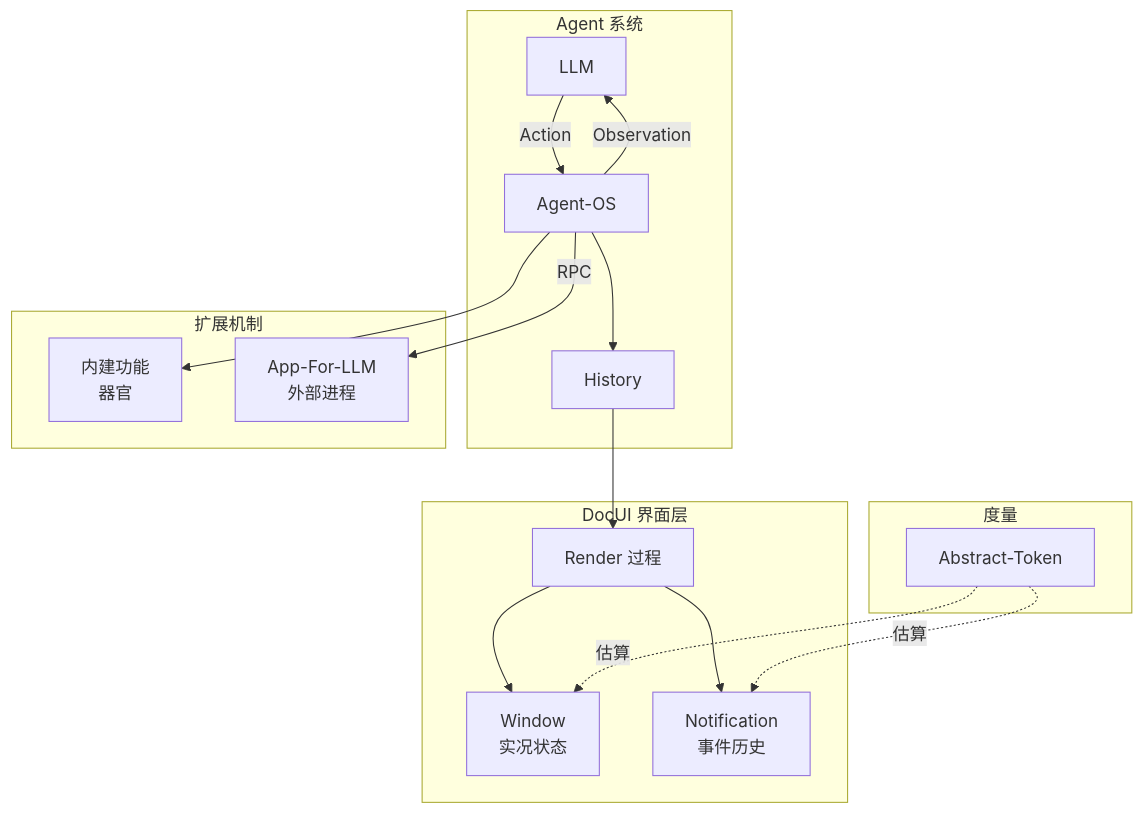
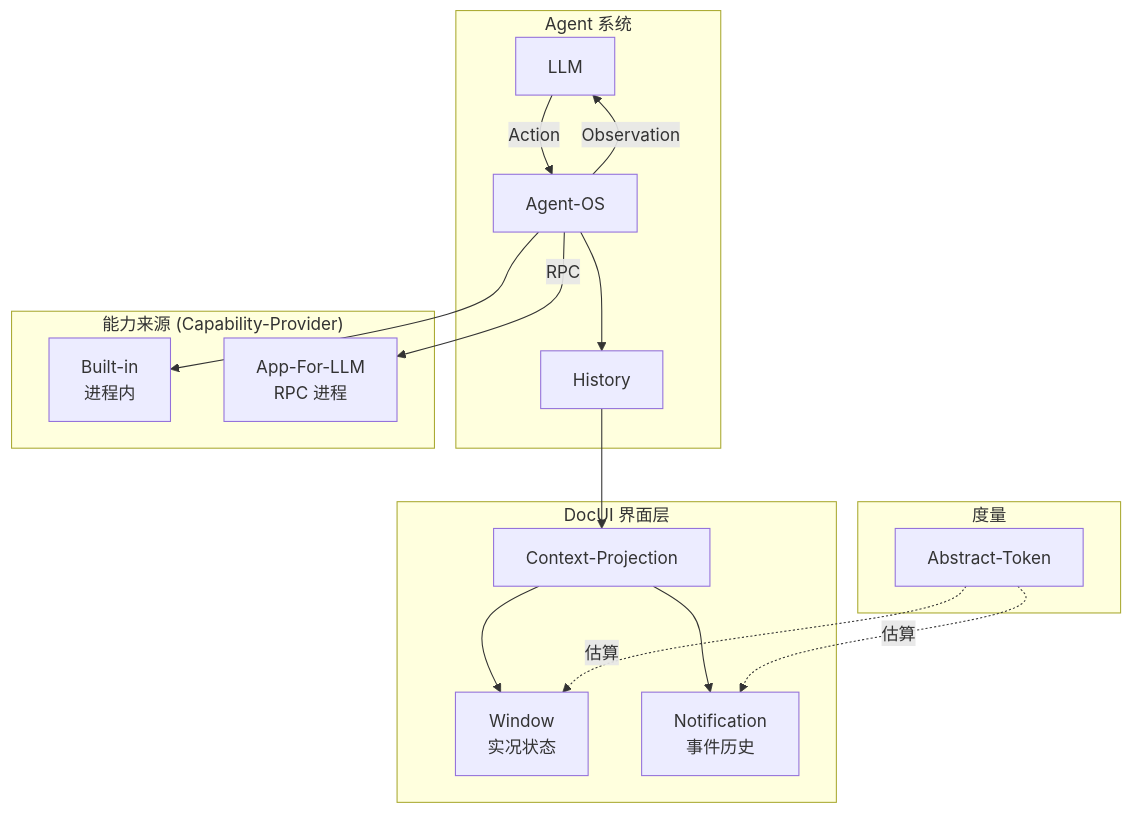
One commit to Robird/agent-team-v0 changed the second of 2 diagrams in agent-team/members/DocUIClaude/key-notes-digest.md. Above: the diagram before and after it, drawn with Mermaid. The commit also changed other lines of this file and 13 other files, not shown here.

````diff
--- a/agent-team/members/DocUIClaude/key-notes-digest.md
+++ b/agent-team/members/DocUIClaude/key-notes-digest.md
@@ -136,37 +147,37 @@
 ```mermaid
 graph TB
     subgraph "Agent 系统"
         LLM[LLM]
         AgentOS[Agent-OS]
         History[History]
     end
     
     subgraph "DocUI 界面层"
         Window[Window<br/>实况状态]
         Notification[Notification<br/>事件历史]
-        Render[Render 过程]
+        ContextProjection[Context-Projection]
     end
     
-    subgraph "扩展机制"
-        BuiltIn[内建功能<br/>器官]
-        AppForLLM[App-For-LLM<br/>外部进程]
+    subgraph "能力来源 (Capability-Provider)"
+        BuiltIn[Built-in<br/>进程内]
+        AppForLLM[App-For-LLM<br/>RPC 进程]
     end
     
     subgraph "度量"
         AbstractToken[Abstract-Token]
     end
     
     LLM -->|Action| AgentOS
     AgentOS -->|Observation| LLM
     AgentOS --> History
     
-    History --> Render
-    Render --> Window
-    Render --> Notification
+    History --> ContextProjection
+    ContextProjection --> Window
+    ContextProjection --> Notification
     
     AgentOS --> BuiltIn
     AgentOS -->|RPC| AppForLLM
     
     AbstractToken -.->|估算| Window
     AbstractToken -.->|估算| Notification
 ```
````
